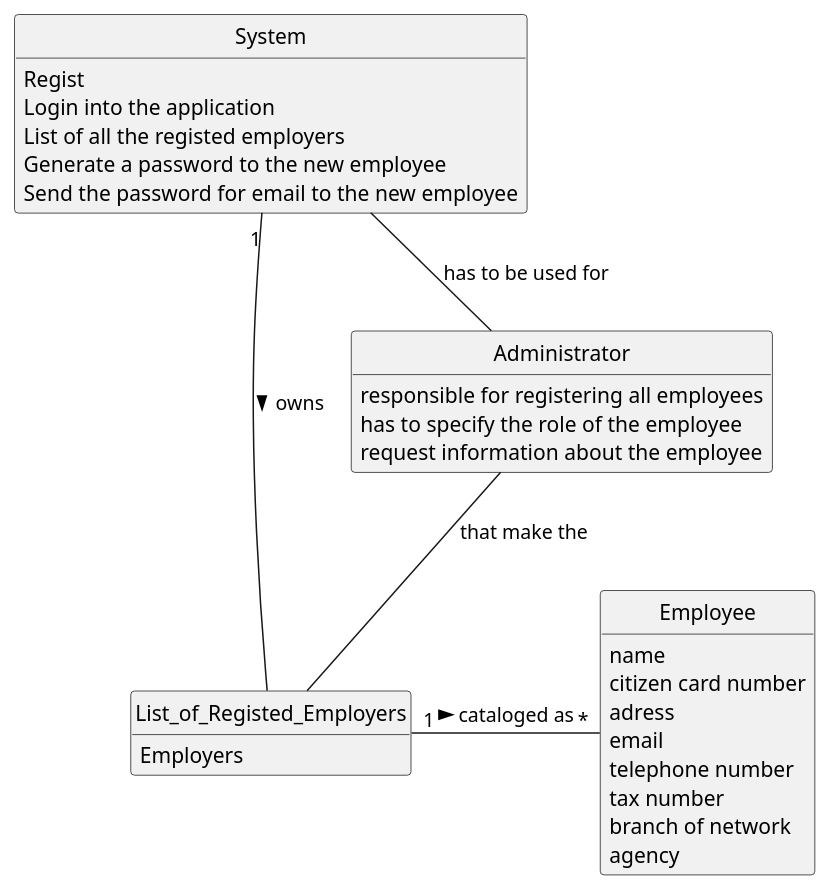
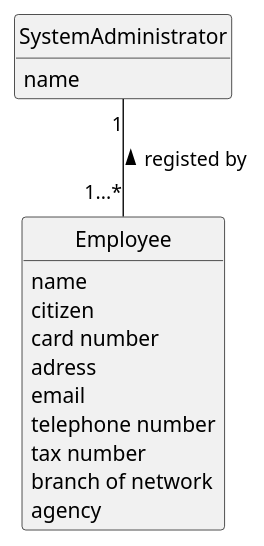
The diagram in docs/sprintA/us003/02.analysis/puml/us003-domain-model.puml (1220812/LAPR2), drawn with PlantUML before and after one commit.

Commit message:
us003 correct domain model

```diff
--- a/docs/sprintA/us003/02.analysis/puml/us003-domain-model.puml
+++ b/docs/sprintA/us003/02.analysis/puml/us003-domain-model.puml
@@ -1,52 +1,30 @@
 @startuml
 skinparam monochrome true
 skinparam packageStyle rectangle
 skinparam shadowing false
 'skinparam linetype ortho
 'left to right direction
 skinparam classAttributeIconSize 0
 hide circle
 hide methods
 
-'title Domain Model
 
-'class Platform {
-'  -description
-'}
-
-class System {
-     Regist
-     Login into the application
-     List of all the registed employers
-     Generate a password to the new employee
-     Send the password for email to the new employee
-}
-
-class List_of_Registed_Employers {
-    Employers
-}
-
-class Administrator{
-  responsible for registering all employees
-   has to specify the role of the employee
-   request information about the employee
+class SystemAdministrator{
+  name
 }
 
 
 class Employee {
     name
-    citizen card number
+    citizen
+    card number
     adress
     email
     telephone number
     tax number
     branch of network
     agency
 }
 
-Administrator -- List_of_Registed_Employers: that make the
-System  -- Administrator: has to be used for
-System "1" -- List_of_Registed_Employers: owns >
-List_of_Registed_Employers "1" - "*" Employee: cataloged as >
-
+SystemAdministrator "1"--"1...*" Employee: registed by <
 @enduml
```
